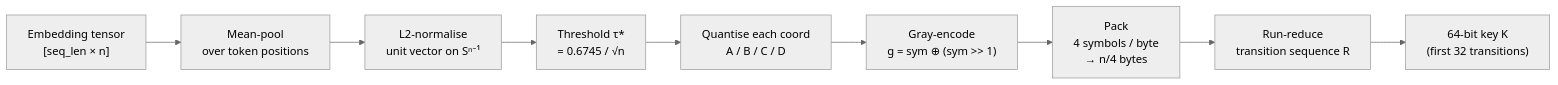
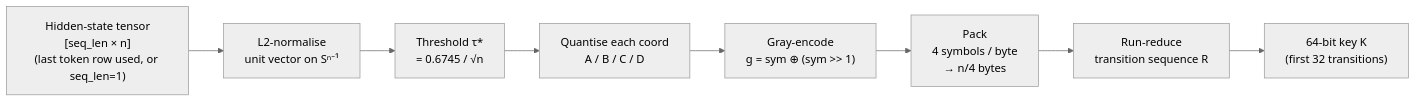
Before and after one commit to devlux76/q2: the diagram in README.md, drawn with Mermaid (neutral theme). The commit also changed other lines of this file and 13 other files, not shown here.

First line of the commit message:
Replace mean-pooling with last-token selection in Q² quantization (#23)

````diff
--- a/README.md
+++ b/README.md
@@ -41,11 +42,10 @@
 ```mermaid
 flowchart LR
-    A["Embedding tensor\n[seq_len × n]"] --> B["Mean-pool\nover token positions"]
-    B --> C["L2-normalise\nunit vector on Sⁿ⁻¹"]
-    C --> D["Threshold τ*\n= 0.6745 / √n"]
-    D --> E["Quantise each coord\nA / B / C / D"]
-    E --> F["Gray-encode\ng = sym ⊕ (sym >> 1)"]
-    F --> G["Pack\n4 symbols / byte\n→ n/4 bytes"]
-    G --> H["Run-reduce\ntransition sequence R"]
-    H --> I["64-bit key K\n(first 32 transitions)"]
+    A["Hidden-state tensor\n[seq_len × n]\n(last token row used, or seq_len=1)"] --> B["L2-normalise\nunit vector on Sⁿ⁻¹"]
+    B --> C["Threshold τ*\n= 0.6745 / √n"]
+    C --> D["Quantise each coord\nA / B / C / D"]
+    D --> E["Gray-encode\ng = sym ⊕ (sym >> 1)"]
+    E --> F["Pack\n4 symbols / byte\n→ n/4 bytes"]
+    F --> G["Run-reduce\ntransition sequence R"]
+    G --> H["64-bit key K\n(first 32 transitions)"]
 ```
````
